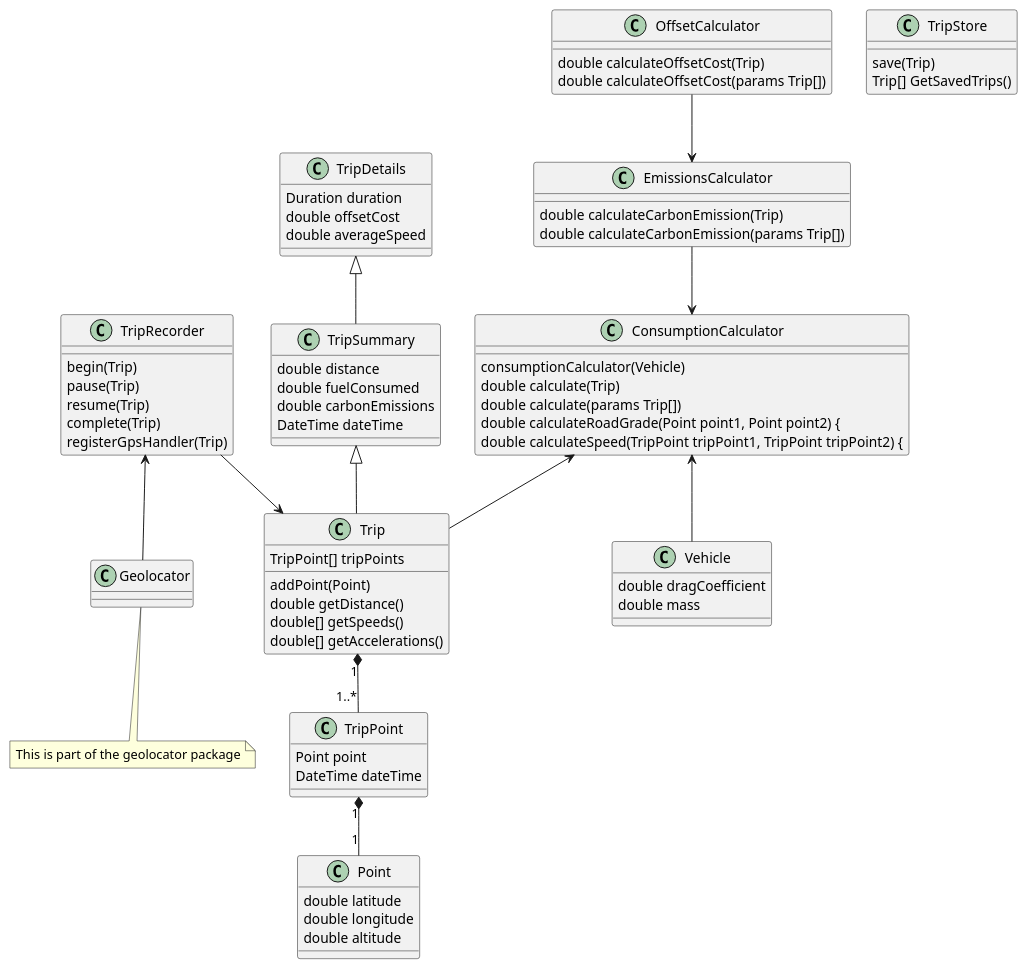
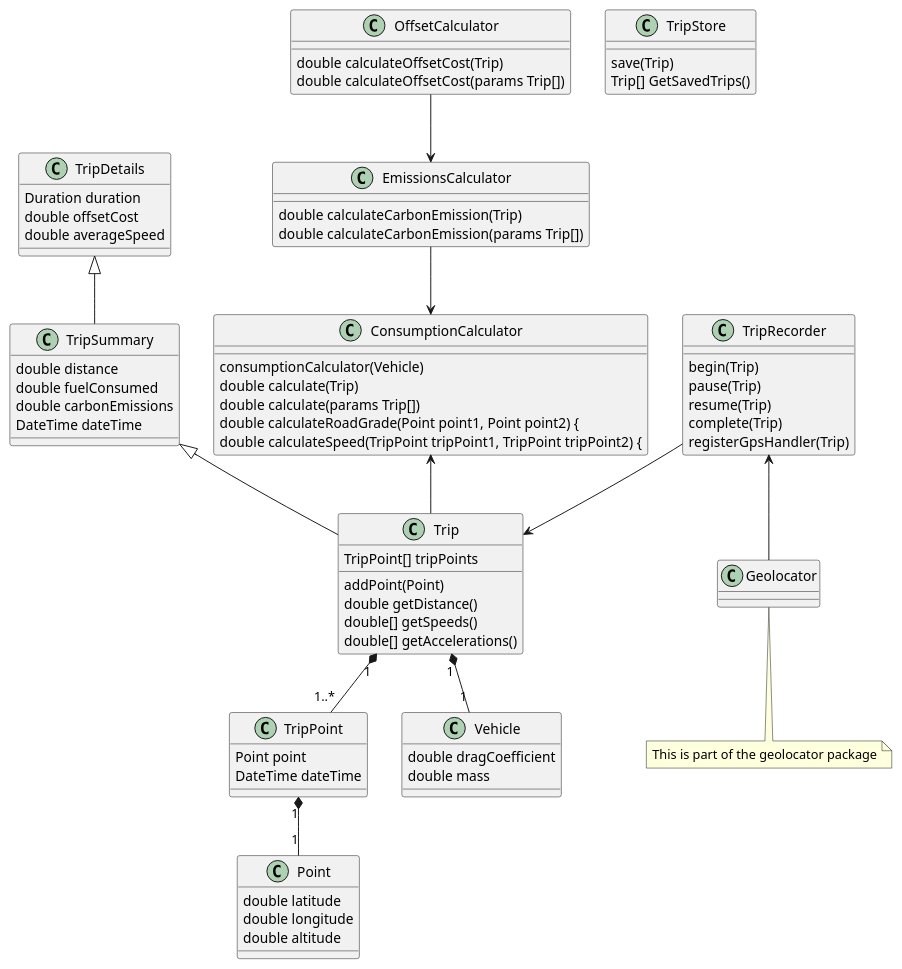
The diagram in docs/design_uml.md (Jmorjsm/emissions-offset), drawn with PlantUML before and after one commit. The commit also changed 1 other file, not shown here.

Commit message:
more changes for consumption_calculator.dart

```diff
--- a/docs/design_uml.md
+++ b/docs/design_uml.md
@@ -1,80 +1,79 @@
 @startuml
 'Basic models
 class Point
 Point : double latitude
 Point : double longitude
 Point : double altitude
 
 class TripPoint
 TripPoint : Point point
 TripPoint : DateTime dateTime
 TripPoint "1" *-- "1" Point
 
 class Vehicle
 Vehicle : double dragCoefficient
 Vehicle : double mass
 
 class Trip
 Trip : TripPoint[] tripPoints
 Trip : addPoint(Point)
 Trip : double getDistance()
 Trip : double[] getSpeeds()
 Trip : double[] getAccelerations()
 Trip "1" *-- "1..*" TripPoint
+Trip "1" *-- "1" Vehicle
 'TODO add TripDetails and TripSummary inheriting from Trip
 
 class TripSummary
 TripSummary : double distance
 TripSummary : double fuelConsumed
 TripSummary : double carbonEmissions
 TripSummary : DateTime dateTime
 TripSummary <|-- Trip
 
 class TripDetails
 TripDetails : Duration duration
 TripDetails : double offsetCost
 TripDetails : double averageSpeed
 TripDetails <|-- TripSummary
 
 'Trip recording
-'TODO add communication here with geolocator module
 class TripRecorder
 TripRecorder : begin(Trip)
 TripRecorder : pause(Trip)
 TripRecorder : resume(Trip)
 TripRecorder : complete(Trip)
 TripRecorder : registerGpsHandler(Trip)
 TripRecorder --> Trip
 TripRecorder <-- Geolocator
 
 class Geolocator
 note "This is part of the geolocator package" as NGeolocator1
 Geolocator .. NGeolocator1
 
 class TripStore
 TripStore : save(Trip)
 TripStore : Trip[] GetSavedTrips()
 
 'Fuel Consumption
 class ConsumptionCalculator
 ConsumptionCalculator : consumptionCalculator(Vehicle)
 ConsumptionCalculator : double calculate(Trip)
 ConsumptionCalculator : double calculate(params Trip[])
 ConsumptionCalculator : double calculateRoadGrade(Point point1, Point point2) {
 ConsumptionCalculator : double calculateSpeed(TripPoint tripPoint1, TripPoint tripPoint2) {
 ConsumptionCalculator <-- Trip
-ConsumptionCalculator <-- Vehicle
 
 'Offset calculation
 class EmissionsCalculator
 EmissionsCalculator : double calculateCarbonEmission(Trip)
 EmissionsCalculator : double calculateCarbonEmission(params Trip[])
 EmissionsCalculator --> ConsumptionCalculator
 
 class OffsetCalculator
 OffsetCalculator : double calculateOffsetCost(Trip)
 OffsetCalculator : double calculateOffsetCost(params Trip[])
 OffsetCalculator --> EmissionsCalculator
 
 
 @enduml
```
